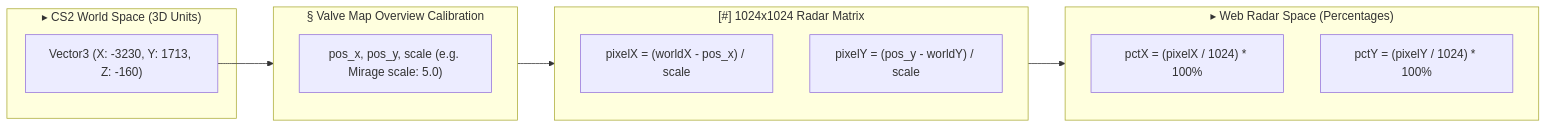
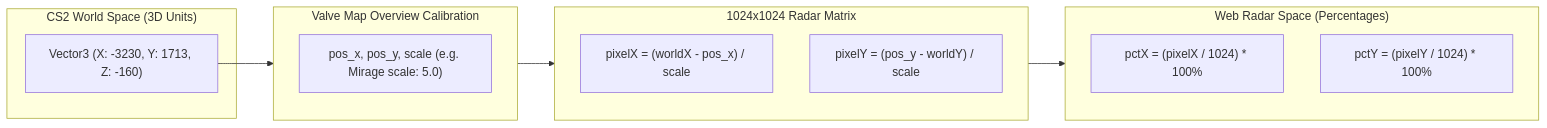
Before and after one commit to IAndrexI/documentation: the diagram in docs/apps/cs2nades/physics.md, drawn with Mermaid. The commit also changed other lines of this file and 39 other files, not shown here.

````diff
--- a/docs/apps/cs2nades/physics.md
+++ b/docs/apps/cs2nades/physics.md
@@ -7,24 +7,24 @@
 ```mermaid
 graph LR
-    subgraph ValveWorld["▸ CS2 World Space (3D Units)"]
+    subgraph ValveWorld["CS2 World Space (3D Units)"]
         WorldCoord["Vector3 (X: -3230, Y: 1713, Z: -160)"]
     end
 
-    subgraph CalibrationConfig["§ Valve Map Overview Calibration"]
+    subgraph CalibrationConfig["Valve Map Overview Calibration"]
         Config["pos_x, pos_y, scale (e.g. Mirage scale: 5.0)"]
     end
 
-    subgraph PixelTransform["[#] 1024x1024 Radar Matrix"]
+    subgraph PixelTransform["1024x1024 Radar Matrix"]
         PixelX["pixelX = (worldX - pos_x) / scale"]
         PixelY["pixelY = (pos_y - worldY) / scale"]
     end
 
-    subgraph WebNormalized["▸ Web Radar Space (Percentages)"]
+    subgraph WebNormalized["Web Radar Space (Percentages)"]
         PctX["pctX = (pixelX / 1024) * 100%"]
         PctY["pctY = (pixelY / 1024) * 100%"]
     end
 
     WorldCoord --> CalibrationConfig
     CalibrationConfig --> PixelTransform
     PixelTransform --> WebNormalized
 ```
````
